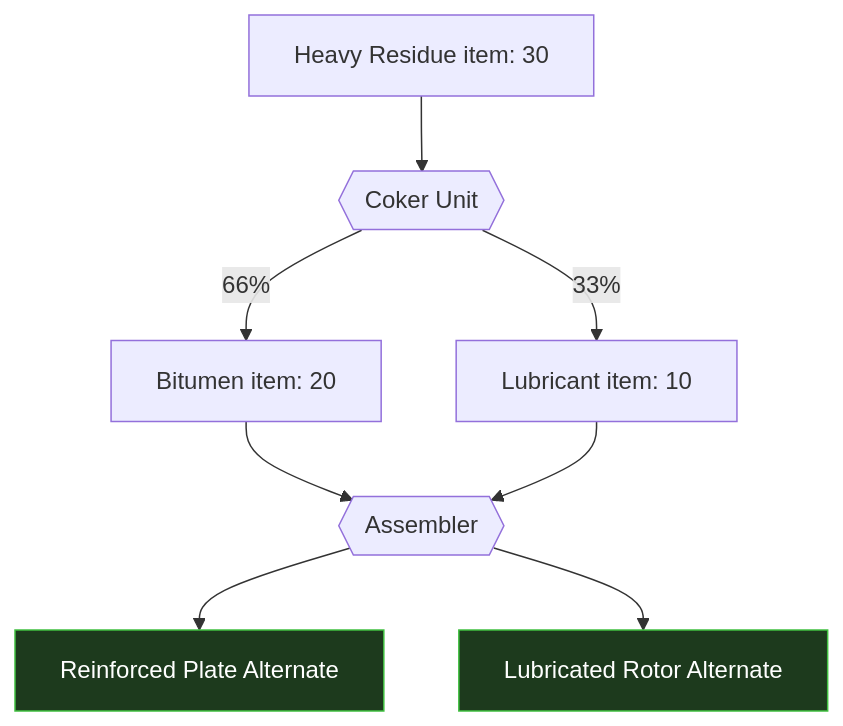
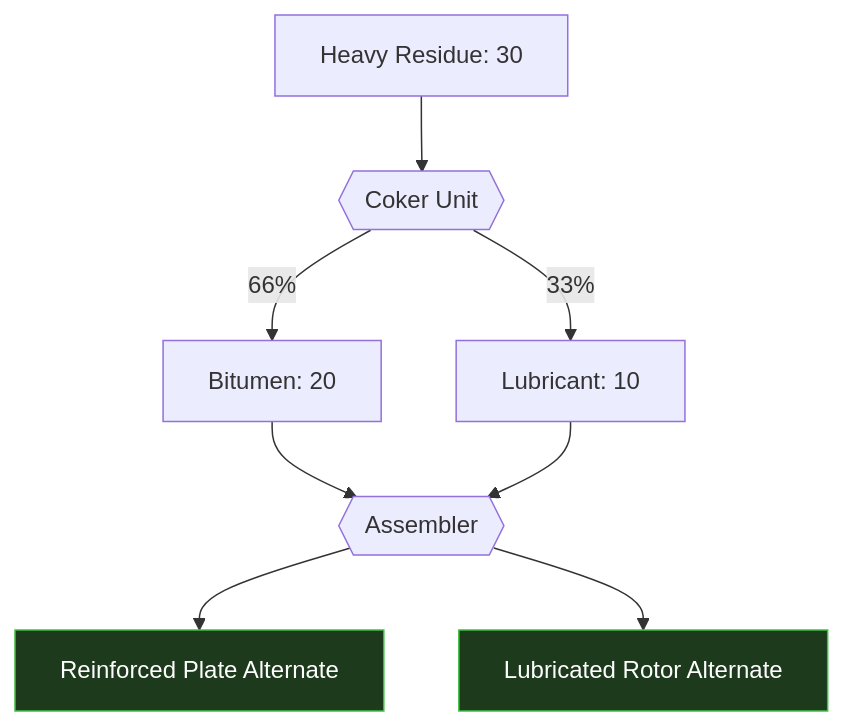
The second of 2 diagrams in Docs_RazFractionalDistillation/Recipes/Recipe-Tree.md (MelancholyRadiance/RazFractionalDistillation), drawn with Mermaid before and after one commit. The commit also changed other lines of this file and 1 other file, not shown here.

````diff
--- a/Docs_RazFractionalDistillation/Recipes/Recipe-Tree.md
+++ b/Docs_RazFractionalDistillation/Recipes/Recipe-Tree.md
@@ -73,10 +73,10 @@
 ```mermaid
 flowchart TD
-    RES[Heavy Residue item: 30] --> COKE{{Coker Unit}}
-    COKE -->|66%| BIT[Bitumen item: 20]
-    COKE -->|33%| LUBE[Lubricant item: 10]
+    RES[Heavy Residue: 30] --> COKE{{Coker Unit}}
+    COKE -->|66%| BIT[Bitumen: 20]
+    COKE -->|33%| LUBE[Lubricant: 10]
     BIT --> ASM{{Assembler}} --> PLATE[Reinforced Plate Alternate]
     LUBE --> ASM{{Assembler}} --> GEAR[Lubricated Rotor Alternate]
     classDef product fill:#1d3a1d,stroke:#40c040,color:#fff;
     class PLATE,GEAR product;
 ```
````
